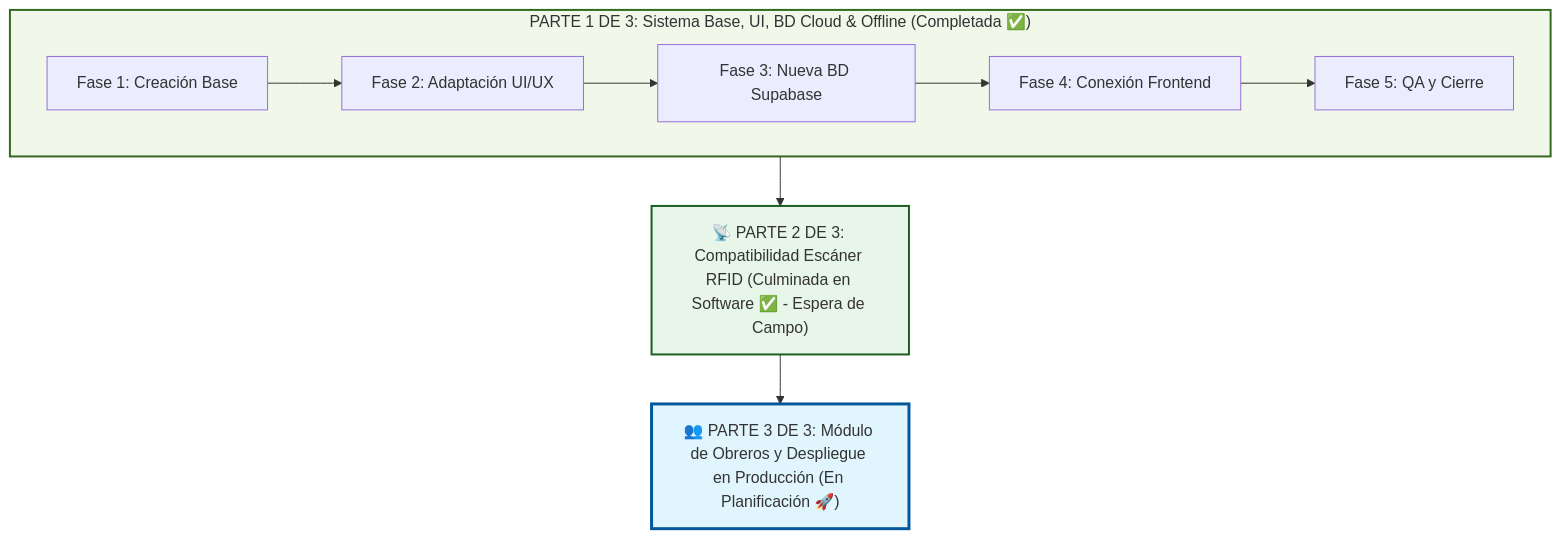
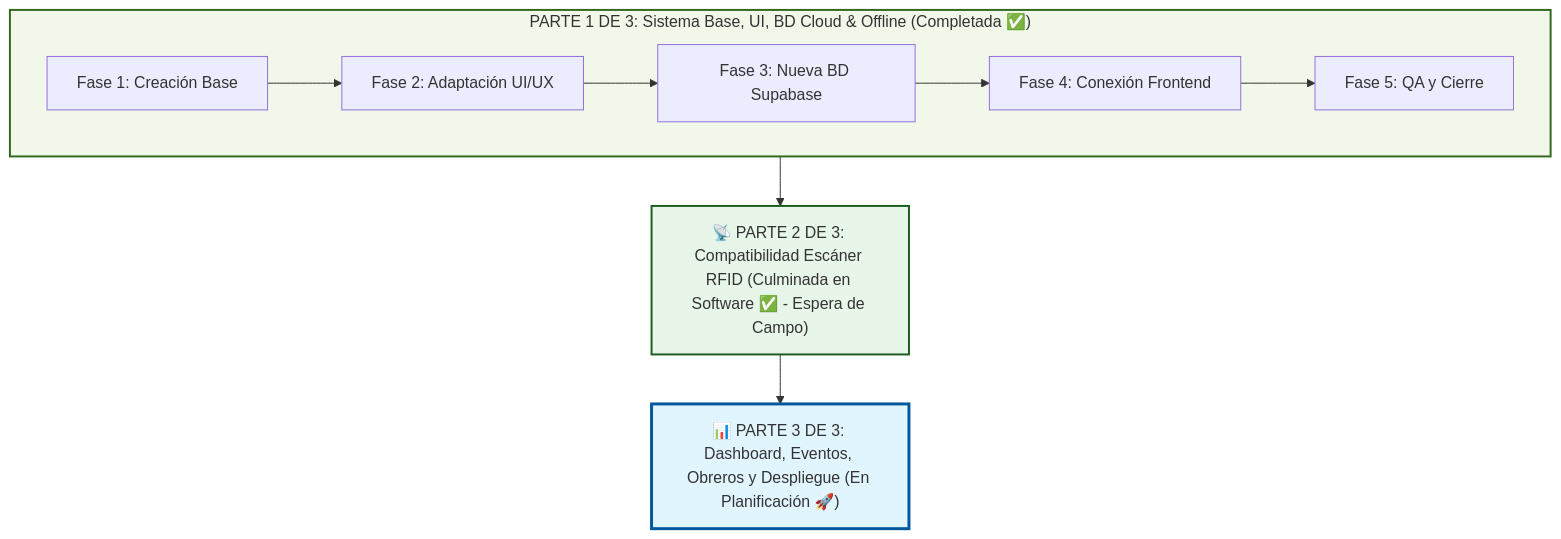
The diagram in planificacion.md (JorgeM11/Gesti-n_Ganadera), drawn with Mermaid before and after one commit. The commit also changed other lines of this file and 1 other file, not shown here.

Commit message:
docs: incorporar Dashboard y seccion de Eventos en Inventario al alcance de la Parte 3

````diff
--- a/planificacion.md
+++ b/planificacion.md
@@ -18,16 +18,16 @@
 ```mermaid
 flowchart TD
     subgraph P1["PARTE 1 DE 3: Sistema Base, UI, BD Cloud & Offline (Completada ✅)"]
         F1["Fase 1: Creación Base"] --> F2["Fase 2: Adaptación UI/UX"]
         F2 --> F3["Fase 3: Nueva BD Supabase"]
         F3 --> F4["Fase 4: Conexión Frontend"]
         F4 --> F5["Fase 5: QA y Cierre"]
     end
 
     P1 --> P2["📡 PARTE 2 DE 3: Compatibilidad Escáner RFID (Culminada en Software ✅ - Espera de Campo)"]
-    P2 --> P3["👥 PARTE 3 DE 3: Módulo de Obreros y Despliegue en Producción (En Planificación 🚀)"]
+    P2 --> P3["📊 PARTE 3 DE 3: Dashboard, Eventos, Obreros y Despliegue (En Planificación 🚀)"]
 
     style P1 fill:#f1f8e9,stroke:#33691e,stroke-width:2px
     style P2 fill:#e8f5e9,stroke:#1b5e20,stroke-width:2px
     style P3 fill:#e1f5fe,stroke:#01579b,stroke-width:3px
 ```
````
